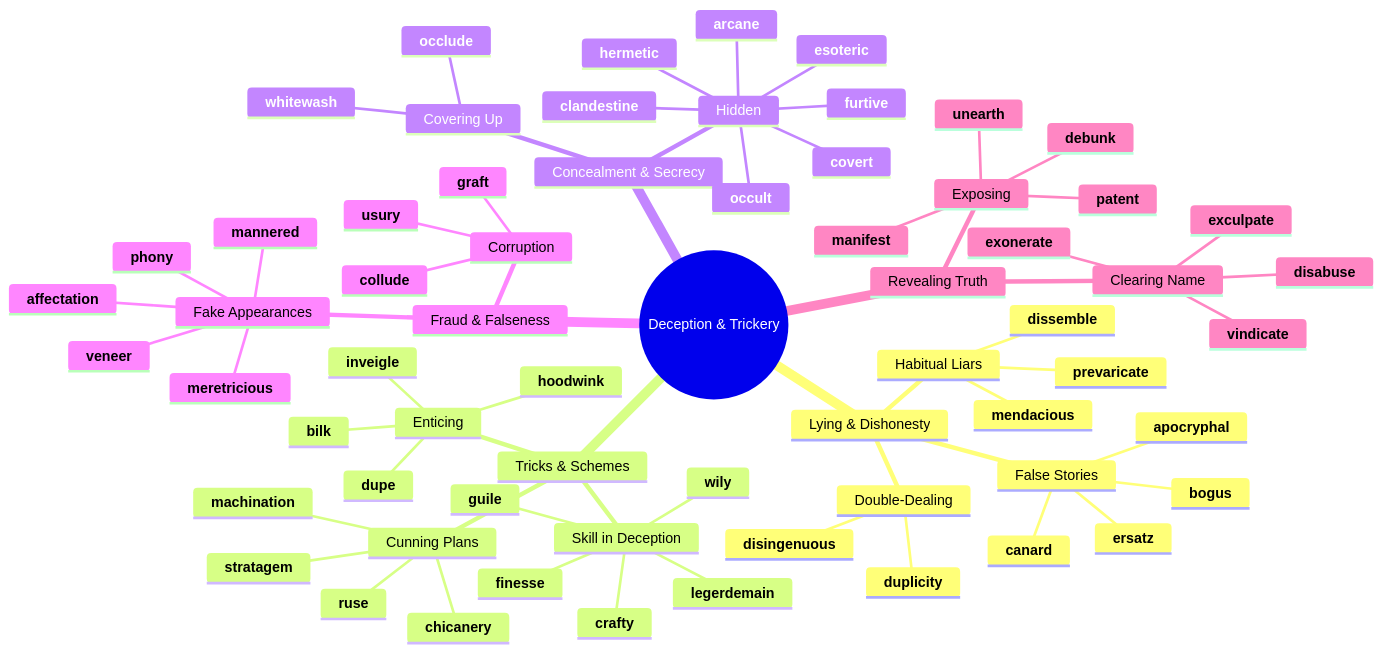
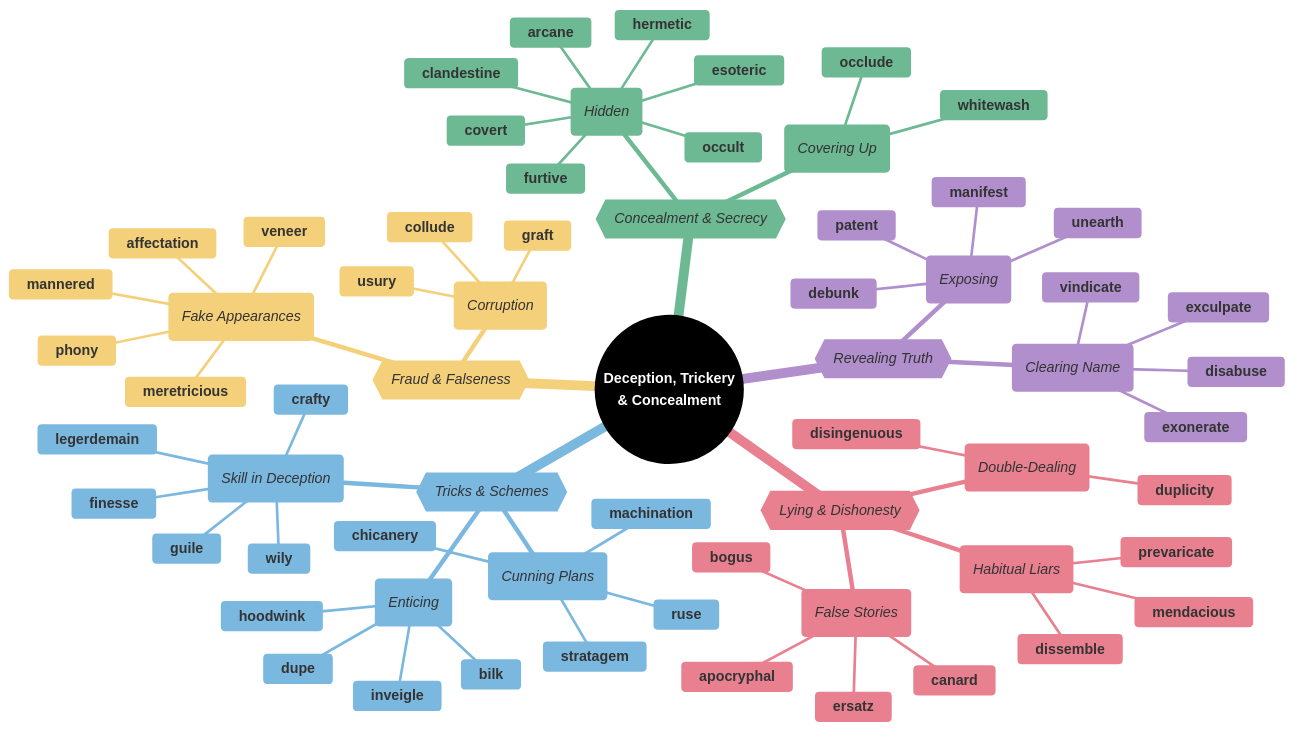
The first of 7 diagrams in mindmaps/08-deception-and-trickery.md (95anantsingh/gre-preparation), drawn with Mermaid before and after one commit. The commit also changed other lines of this file and 14 other files, not shown here.

````diff
--- a/mindmaps/08-deception-and-trickery.md
+++ b/mindmaps/08-deception-and-trickery.md
@@ -5,38 +5,57 @@
 ```mermaid
+%%{
+  init: {
+    "theme": "base",
+    "themeVariables": {
+      "primaryColor": "#000000",
+      "cScale1": "#e8808f",  "cScaleInv1": "#a33445",
+      "cScale2": "#7bb8e0",  "cScaleInv2": "#266a93",
+      "cScale3": "#6db993",  "cScaleInv3": "#23543f",
+      "cScale4": "#f5d07a",  "cScaleInv4": "#c4903b",
+      "cScale5": "#b08fcc",  "cScaleInv5": "#5d3b75",
+      "cScale6": "#74dace",  "cScaleInv6": "#217d72",
+      "cScale7": "#f09570",  "cScaleInv7": "#b84112",
+      "cScale8": "#8ea8c2",  "cScaleInv8": "#32465e",
+      "cScale9": "#cc7fba",  "cScaleInv9": "#7d2868",
+      "cScale10": "#c99a78", "cScaleInv10": "#7c4e32",
+      "cScale11": "#a3a3a3", "cScaleInv11": "#3d3d3d"
+    }
+  }
+}%%
 mindmap
-  root((Deception & Trickery))
-    Lying & Dishonesty
-      Habitual Liars
+  root((<font color=white>**Deception, Trickery </br>& Concealment**</font>))
+    {{_Lying & Dishonesty_}}
+      (_Habitual Liars_)
         **mendacious**
         **prevaricate**
         **dissemble**
-      False Stories
+      (_False Stories_)
         **canard**
         **apocryphal**
         **bogus**
         **ersatz**
-      Double-Dealing
+      (_Double-Dealing_)
         **duplicity**
         **disingenuous**
-    Tricks & Schemes
-      Cunning Plans
+    {{_Tricks & Schemes_}}
+      (_Cunning Plans_)
         **chicanery**
         **machination**
         **stratagem**
         **ruse**
-      Skill in Deception
+      (_Skill in Deception_)
         **crafty**
         **wily**
         **guile**
         **legerdemain**
         **finesse**
-      Enticing
+      (_Enticing_)
         **inveigle**
         **dupe**
         **bilk**
         **hoodwink**
-    Concealment & Secrecy
-      Hidden
+    {{_Concealment & Secrecy_}}
+      (_Hidden_)
         **covert**
         **furtive**
         **clandestine**
@@ -44,27 +63,27 @@
         **esoteric**
         **occult**
         **hermetic**
-      Covering Up
+      (_Covering Up_)
         **whitewash**
         **occlude**
-    Fraud & Falseness
-      Fake Appearances
+    {{_Fraud & Falseness_}}
+      (_Fake Appearances_)
         **affectation**
         **meretricious**
         **phony**
         **mannered**
         **veneer**
-      Corruption
+      (_Corruption_)
         **collude**
         **graft**
         **usury**
-    Revealing Truth
-      Exposing
+    {{_Revealing Truth_}}
+      (_Exposing_)
         **debunk**
         **unearth**
         **manifest**
         **patent**
-      Clearing Name
+      (_Clearing Name_)
         **exculpate**
         **exonerate**
         **disabuse**
````
